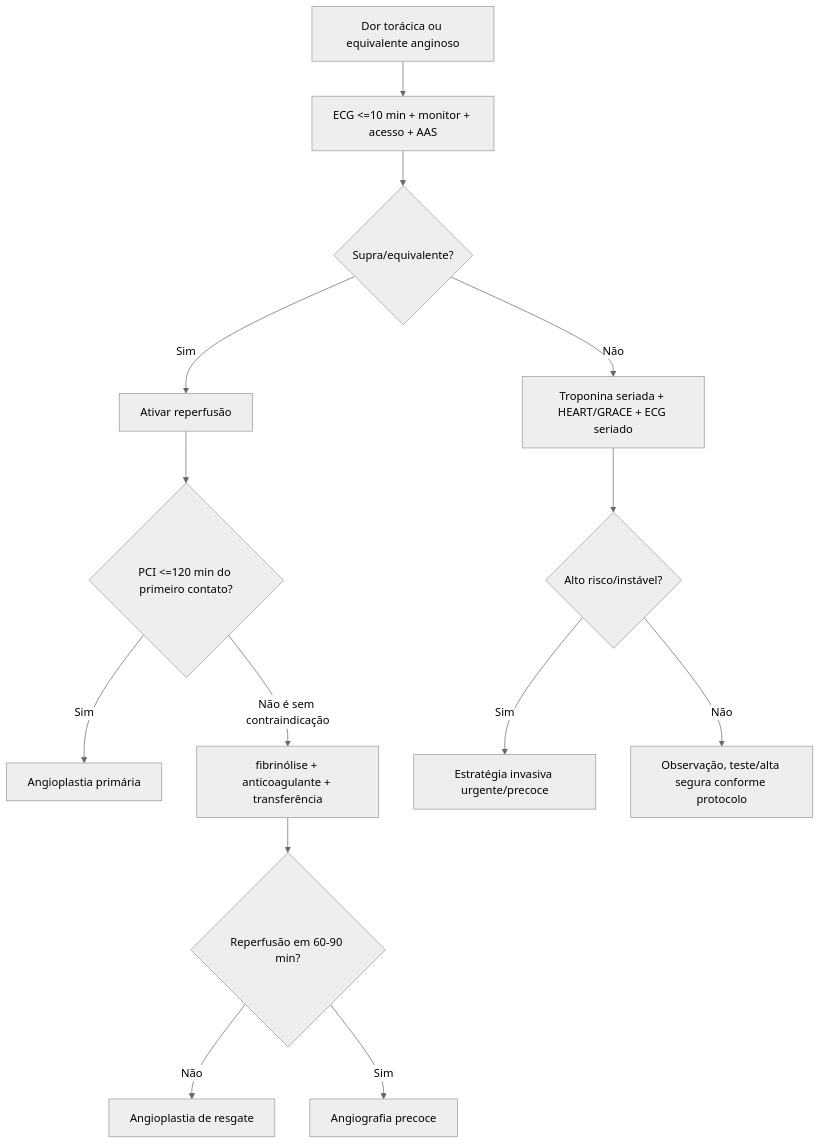
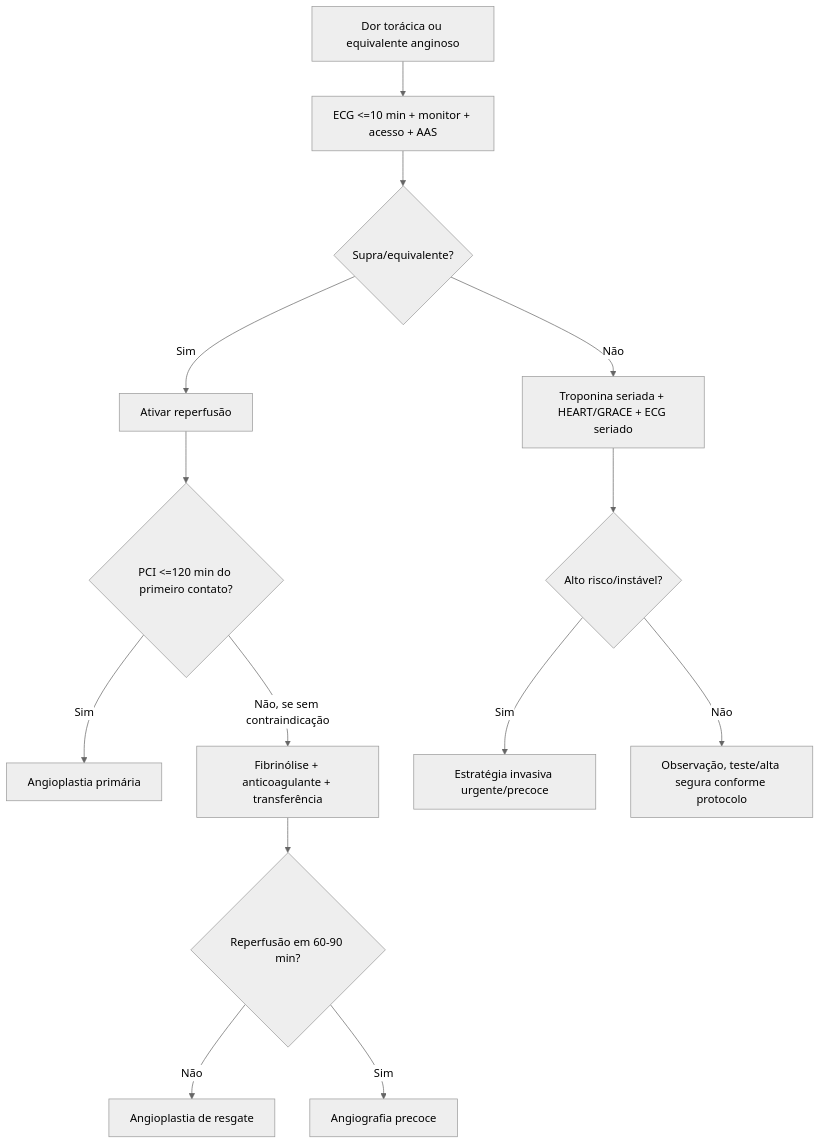
The first of 3 diagrams in Intensivao/temas/005_sca-arritmias-hipertensivas.md (ThiagoPersona/emergencia26), drawn with Mermaid (neutral theme) before and after one commit. The commit also changed other lines of this file, not shown here.

````diff
--- a/Intensivao/temas/005_sca-arritmias-hipertensivas.md
+++ b/Intensivao/temas/005_sca-arritmias-hipertensivas.md
@@ -201,16 +275,16 @@
 ```mermaid
 flowchart TD
     A["Dor torácica ou equivalente anginoso"] --> B["ECG <=10 min + monitor + acesso + AAS"]
     B --> C{"Supra/equivalente?"}
     C -->|Sim| D["Ativar reperfusão"]
     D --> E{"PCI <=120 min do primeiro contato?"}
     E -->|Sim| F["Angioplastia primária"]
-    E -->|Não é sem contraindicação| G["fibrinólise + anticoagulante + transferência"]
+    E -->|Não, se sem contraindicação| G["Fibrinólise + anticoagulante + transferência"]
     G --> H{"Reperfusão em 60-90 min?"}
     H -->|Não| I["Angioplastia de resgate"]
     H -->|Sim| J["Angiografia precoce"]
     C -->|Não| K["Troponina seriada + HEART/GRACE + ECG seriado"]
     K --> L{"Alto risco/instável?"}
     L -->|Sim| M["Estratégia invasiva urgente/precoce"]
     L -->|Não| N["Observação, teste/alta segura conforme protocolo"]
 ```
````
